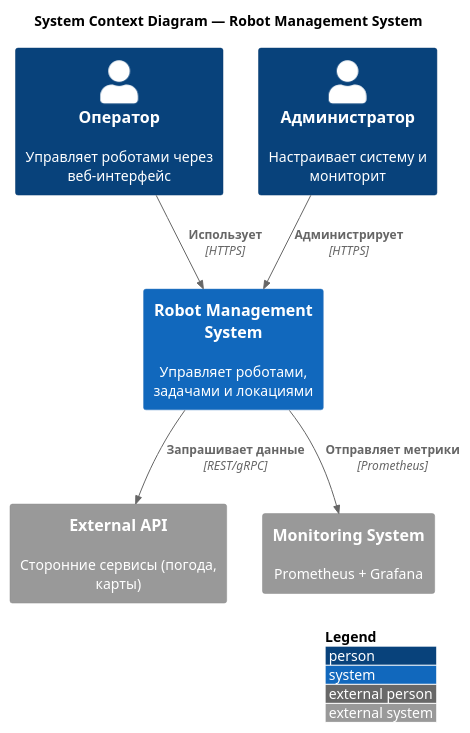
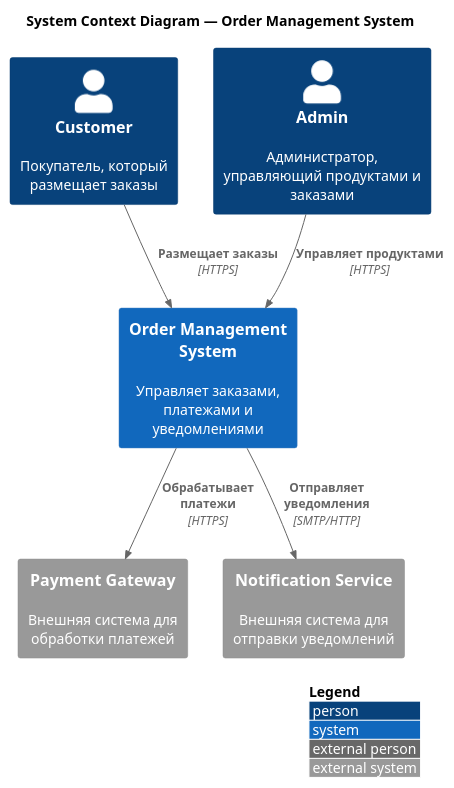
Before and after one commit to system-highload-architect/project-leadership: the diagram in docs/architecture/diagrams/c4/context.puml, drawn with PlantUML. The commit also changed 25 other files, not shown here.

```diff
--- a/docs/architecture/diagrams/c4/context.puml
+++ b/docs/architecture/diagrams/c4/context.puml
@@ -1,21 +1,19 @@
 @startuml
 !include https://raw.githubusercontent.com/plantuml-stdlib/C4-PlantUML/master/C4_Context.puml
 
-' Лейаут
 LAYOUT_WITH_LEGEND()
-title System Context Diagram — Robot Management System
+title System Context Diagram — Order Management System
 
-Person(user, "Оператор", "Управляет роботами через веб-интерфейс")
-Person(admin, "Администратор", "Настраивает систему и мониторит")
+Person(customer, "Customer", "Покупатель, который размещает заказы")
+Person(admin, "Admin", "Администратор, управляющий продуктами и заказами")
 
-System(robot_system, "Robot Management System", "Управляет роботами, задачами и локациями")
+System(oms, "Order Management System", "Управляет заказами, платежами и уведомлениями")
 
-System_Ext(external_api, "External API", "Сторонние сервисы (погода, карты)")
-System_Ext(monitoring, "Monitoring System", "Prometheus + Grafana")
+System_Ext(payment_gateway, "Payment Gateway", "Внешняя система для обработки платежей")
+System_Ext(notification_service, "Notification Service", "Внешняя система для отправки уведомлений")
 
-Rel(user, robot_system, "Использует", "HTTPS")
-Rel(admin, robot_system, "Администрирует", "HTTPS")
-Rel(robot_system, external_api, "Запрашивает данные", "REST/gRPC")
-Rel(robot_system, monitoring, "Отправляет метрики", "Prometheus")
-
+Rel(customer, oms, "Размещает заказы", "HTTPS")
+Rel(admin, oms, "Управляет продуктами", "HTTPS")
+Rel(oms, payment_gateway, "Обрабатывает платежи", "HTTPS")
+Rel(oms, notification_service, "Отправляет уведомления", "SMTP/HTTP")
 @enduml
```
